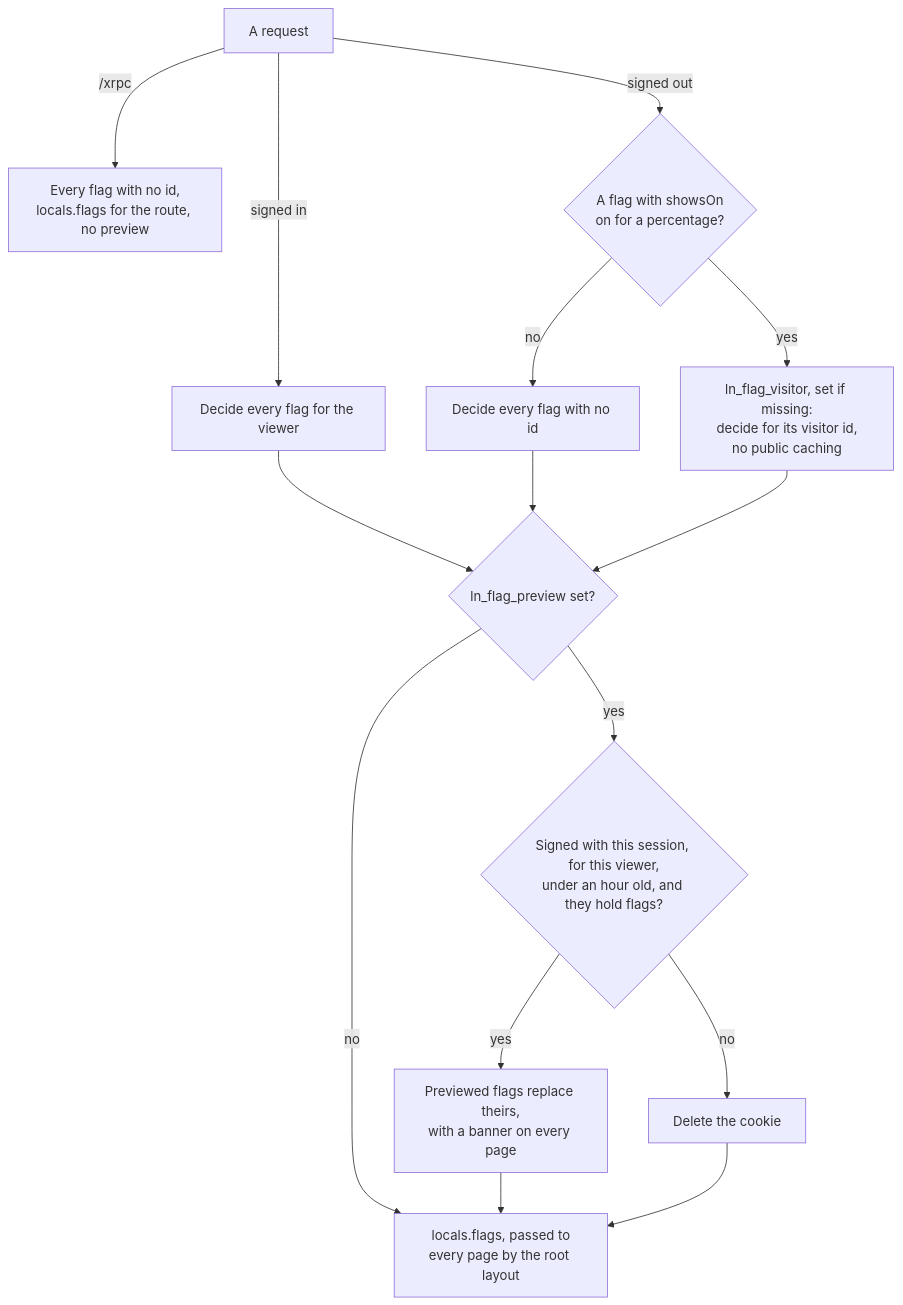
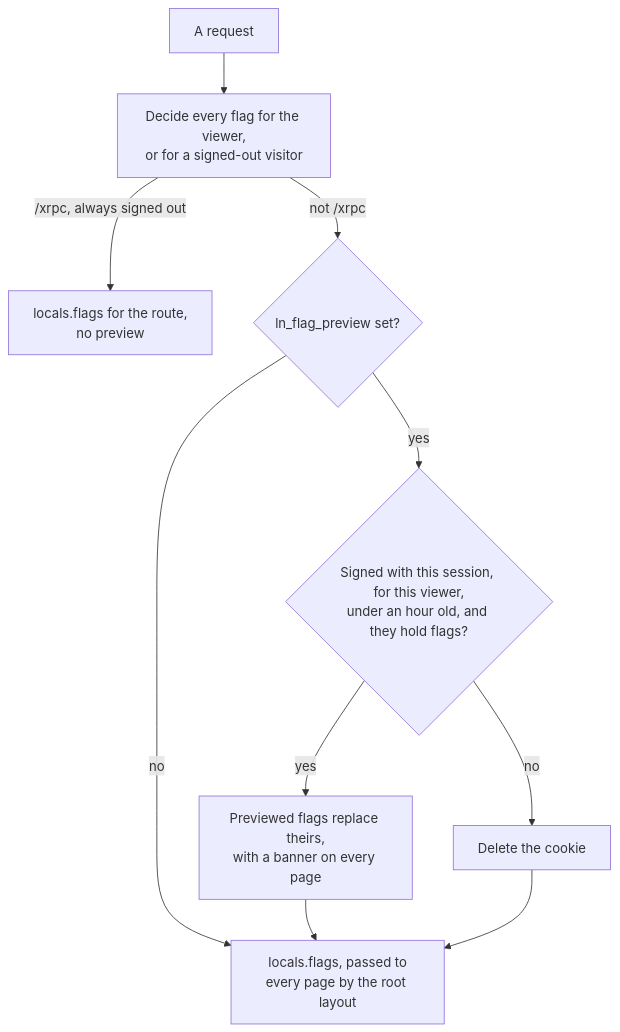
The second of 5 diagrams in apps/web/docs/diagrams/flags.md (cutenode/localnetwork), drawn with Mermaid before and after one commit. The commit also changed other lines of this file and 44 other files, not shown here.

First line of the commit message:
feat(web): turn a flag on for signed-out visitors last, as its own setting

````diff
--- a/apps/web/docs/diagrams/flags.md
+++ b/apps/web/docs/diagrams/flags.md
@@ -39,17 +43,12 @@
 ```mermaid
 flowchart TD
-  Request["A request"] -- "/xrpc" --> Route["Every flag with no id,<br/>locals.flags for the route, no preview"]
-  Request -- "signed in" --> Decide["Decide every flag for the viewer"]
-  Request -- "signed out" --> Share{"A flag with showsOn<br/>on for a percentage?"}
-  Share -- "no" --> Nobody["Decide every flag with no id"]
-  Share -- "yes" --> Visitor["ln_flag_visitor, set if missing:<br/>decide for its visitor id,<br/>no public caching"]
-  Decide --> Cookie{"ln_flag_preview set?"}
-  Nobody --> Cookie
-  Visitor --> Cookie
+  Request["A request"] --> Decide["Decide every flag for the viewer,<br/>or for a signed-out visitor"]
+  Decide -- "/xrpc, always signed out" --> Route["locals.flags for the route,<br/>no preview"]
+  Decide -- "not /xrpc" --> Cookie{"ln_flag_preview set?"}
   Cookie -- "no" --> Locals["locals.flags, passed to<br/>every page by the root layout"]
   Cookie -- "yes" --> Valid{"Signed with this session, for this viewer,<br/>under an hour old, and they hold flags?"}
   Valid -- "yes" --> Merge["Previewed flags replace theirs,<br/>with a banner on every page"]
   Merge --> Locals
   Valid -- "no" --> Drop["Delete the cookie"]
   Drop --> Locals
 ```
````
